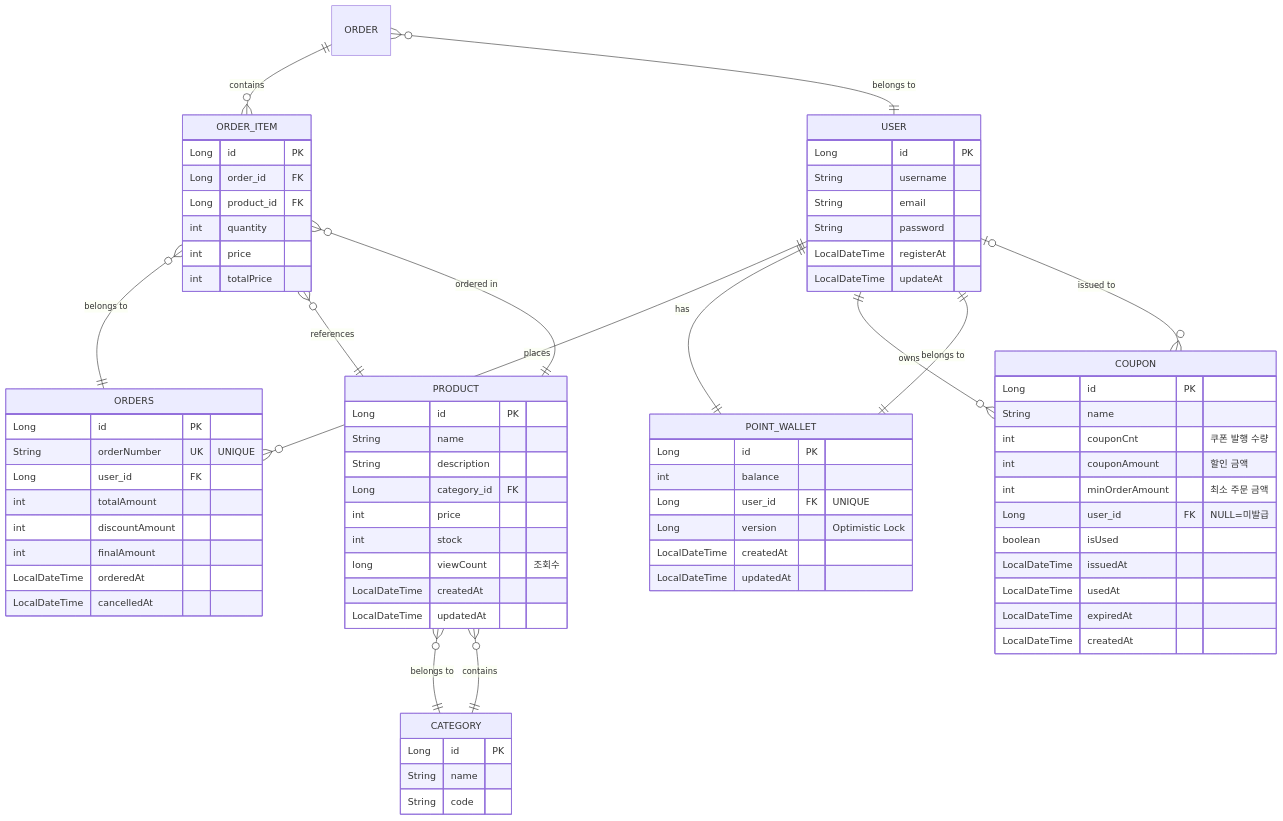
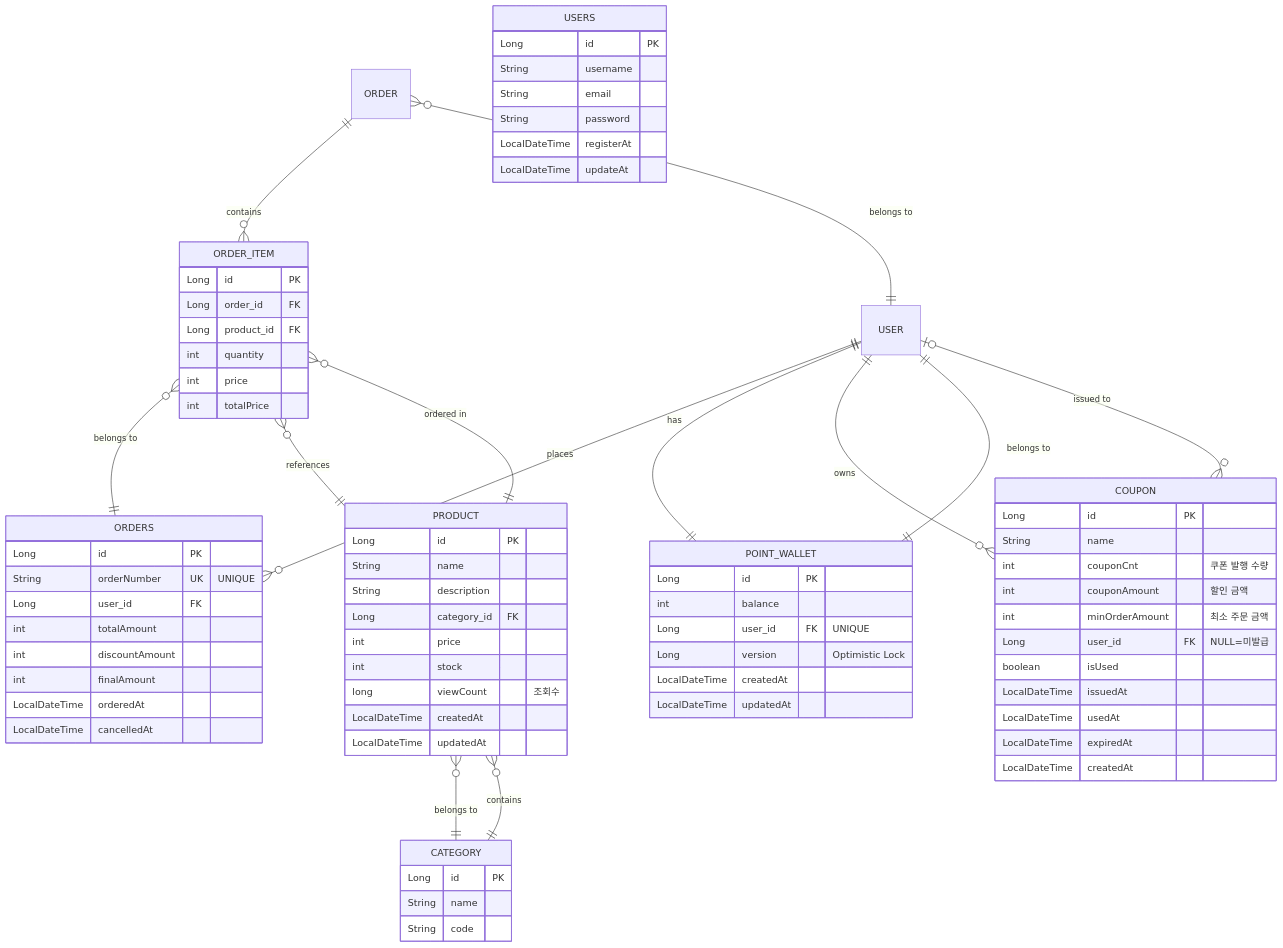
One commit to HyunJooong/hh-backend-lab changed the diagram in ERD.md. Above: the diagram before and after it, drawn with Mermaid. The commit also changed other lines of this file and 1 other file, not shown here.

Commit message:
Document : 테이블명 SQL 예약어 사용으로 인한 버그 수정

```diff
--- a/ERD.md
+++ b/ERD.md
@@ -23,7 +23,7 @@
 
     COUPON }o--o| USER : "issued to"
 
-    USER {
+    USERS {
         Long id PK
         String username
         String email
```
